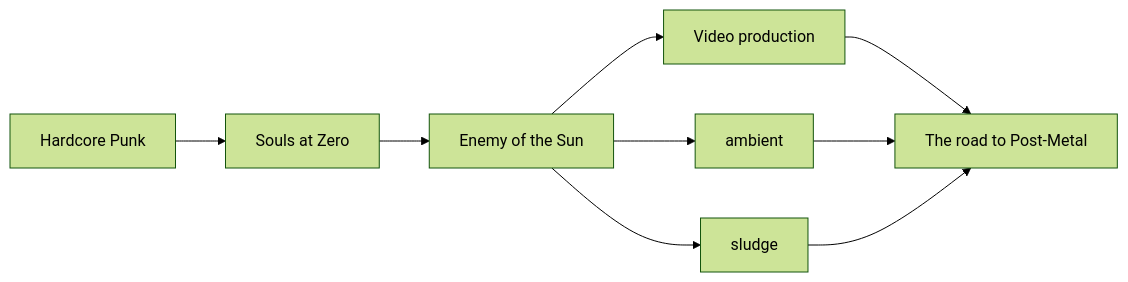
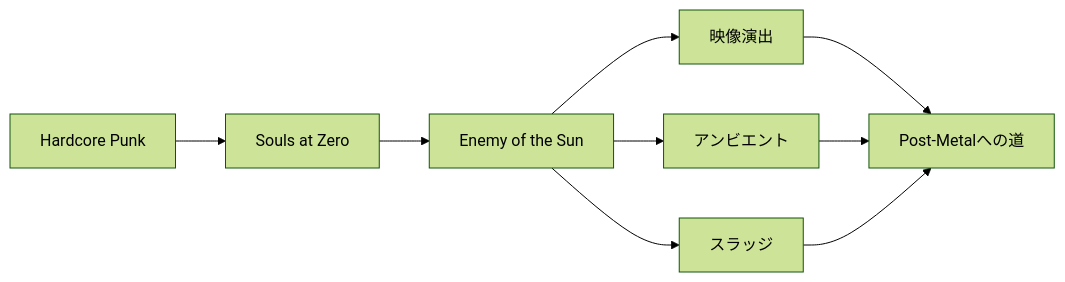
Before and after one commit to monumental-movement/monumental-movement.github.io: the second of 7 diagrams in en/_posts/2026-07-18-column-neurosis.md, drawn with Mermaid (forest theme). The commit also changed other lines of this file and 2196 other files, not shown here.

```diff
--- a/en/_posts/2026-07-18-column-neurosis.md
+++ b/en/_posts/2026-07-18-column-neurosis.md
@@ -479,28 +479,28 @@
 <div class="mermaid">
 graph LR
 
 A[Hardcore Punk]
 -->B[Souls at Zero]
 
 B
 -->C[Enemy of the Sun]
 
 C
--->D[Video production]
+-->D[映像演出]
 
 C
--->E[ambient]
+-->E[アンビエント]
 
 C
--->F[sludge]
+-->F[スラッジ]
 
 D
--->G[The road to Post-Metal]
+-->G[Post-Metalへの道]
 
 E
 -->G
 
 F
 -->G
 
 </div>
```
